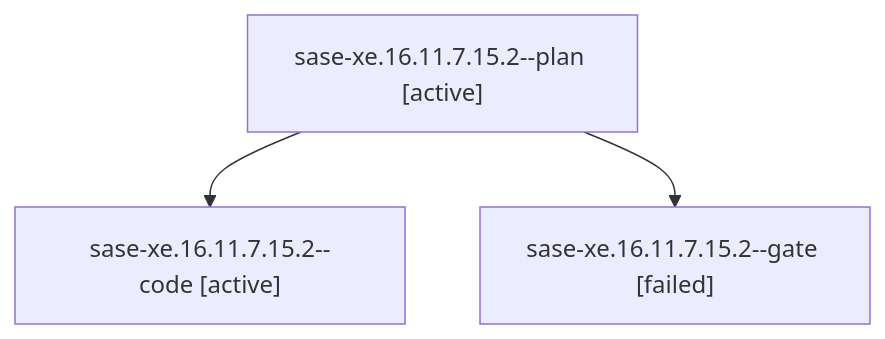
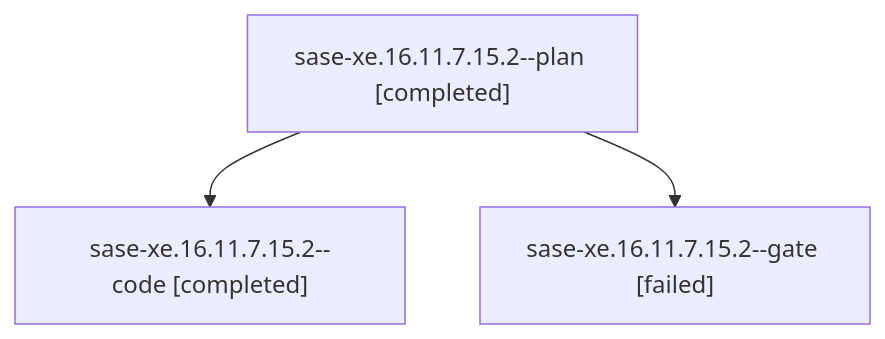
The diagram in families/bbugyi200.apollo.sase-xe.16.11.7.15.2.md (sase-org/sase--agents), drawn with Mermaid before and after one commit. The commit also changed other lines of this file and 23 other files, not shown here.

````diff
--- a/families/bbugyi200.apollo.sase-xe.16.11.7.15.2.md
+++ b/families/bbugyi200.apollo.sase-xe.16.11.7.15.2.md
@@ -9,8 +9,8 @@
 ```mermaid
 flowchart TD
-  n0["sase-xe.16.11.7.15.2--plan [active]"]
-  n1["sase-xe.16.11.7.15.2--code [active]"]
+  n0["sase-xe.16.11.7.15.2--plan [completed]"]
+  n1["sase-xe.16.11.7.15.2--code [completed]"]
   n0 --> n1
   n2["sase-xe.16.11.7.15.2--gate [failed]"]
   n0 --> n2
 ```
````
